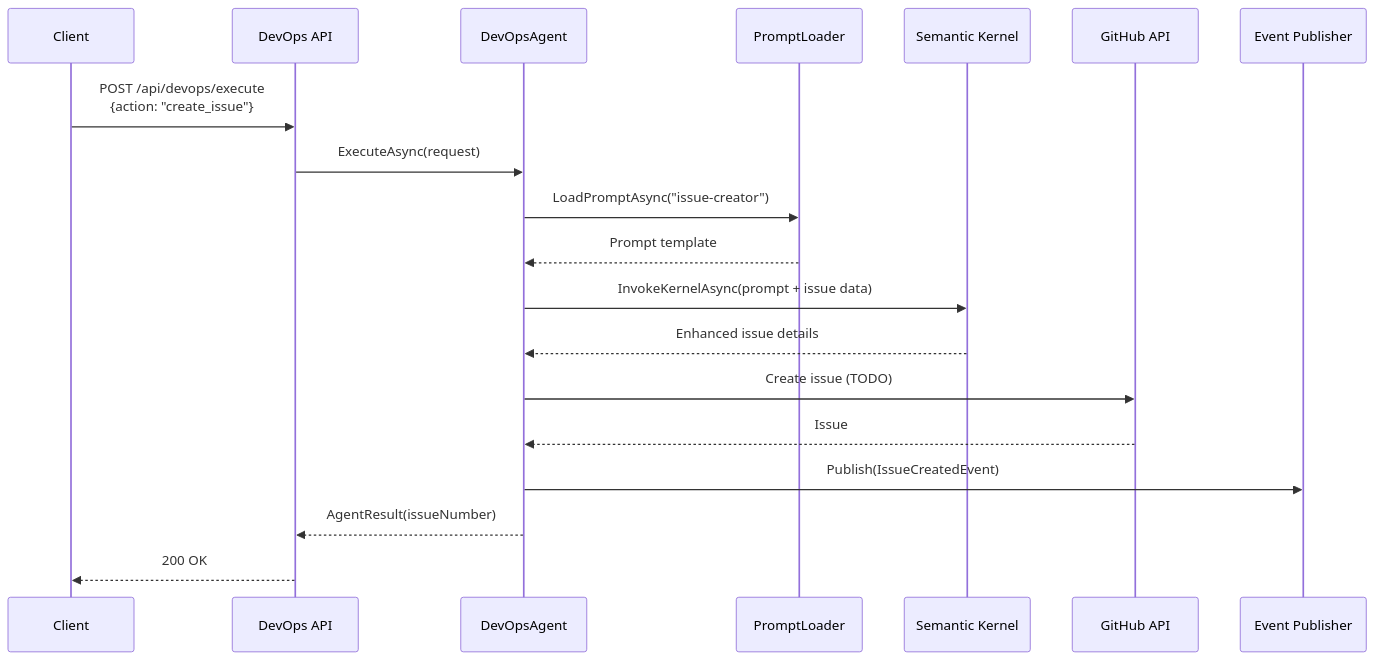
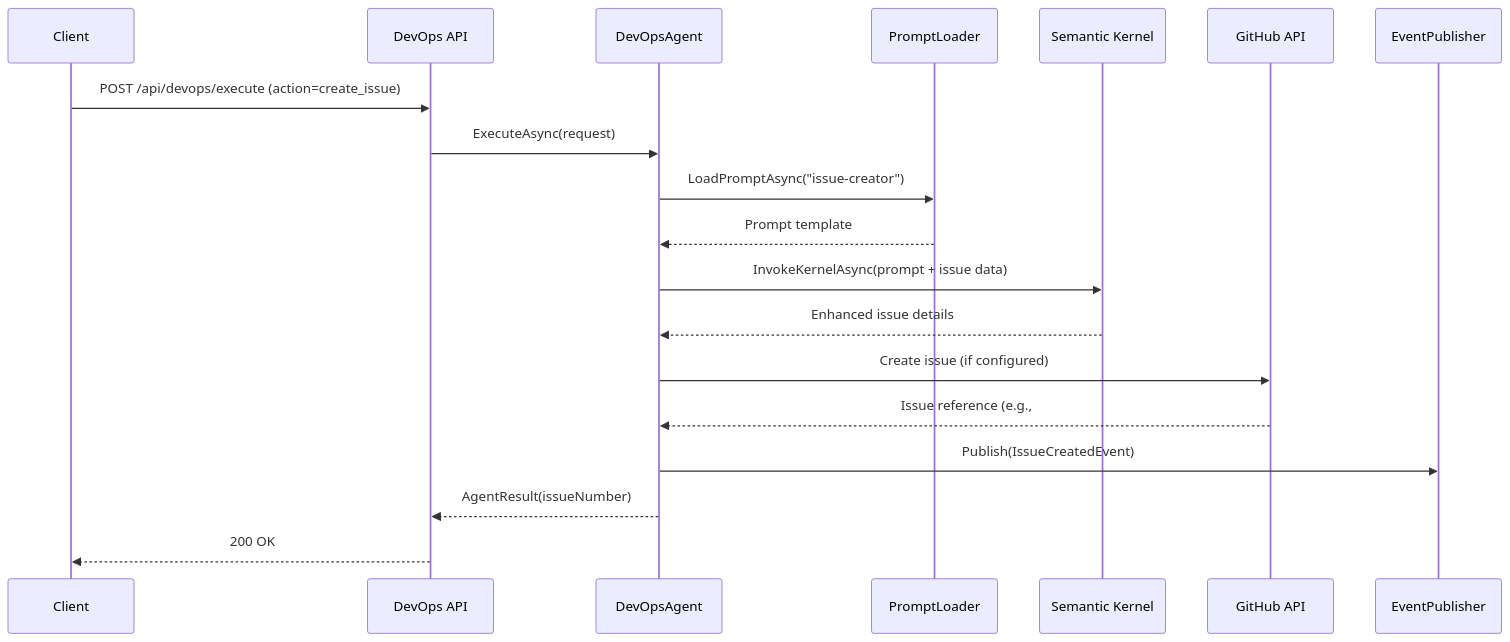
Before and after one commit to Lukeus/my-agents: the fifth of 10 diagrams in README.md, drawn with Mermaid. The commit also changed other lines of this file and 28 other files, not shown here.

````diff
--- a/README.md
+++ b/README.md
@@ -132,22 +351,22 @@
 ```mermaid
 sequenceDiagram
     participant Client
     participant API as DevOps API
     participant Agent as DevOpsAgent
     participant Prompt as PromptLoader
     participant LLM as Semantic Kernel
     participant GitHub as GitHub API
-    participant Events as Event Publisher
+    participant Events as EventPublisher
     
-    Client->>API: POST /api/devops/execute<br/>{action: "create_issue"}
+    Client->>API: POST /api/devops/execute (action=create_issue)
     API->>Agent: ExecuteAsync(request)
     Agent->>Prompt: LoadPromptAsync("issue-creator")
     Prompt-->>Agent: Prompt template
     Agent->>LLM: InvokeKernelAsync(prompt + issue data)
     LLM-->>Agent: Enhanced issue details
-    Agent->>GitHub: Create issue (TODO)
-    GitHub-->>Agent: Issue #123
+    Agent->>GitHub: Create issue (if configured)
+    GitHub-->>Agent: Issue reference (e.g., #123)
     Agent->>Events: Publish(IssueCreatedEvent)
     Agent-->>API: AgentResult(issueNumber)
     API-->>Client: 200 OK
 ```
````
